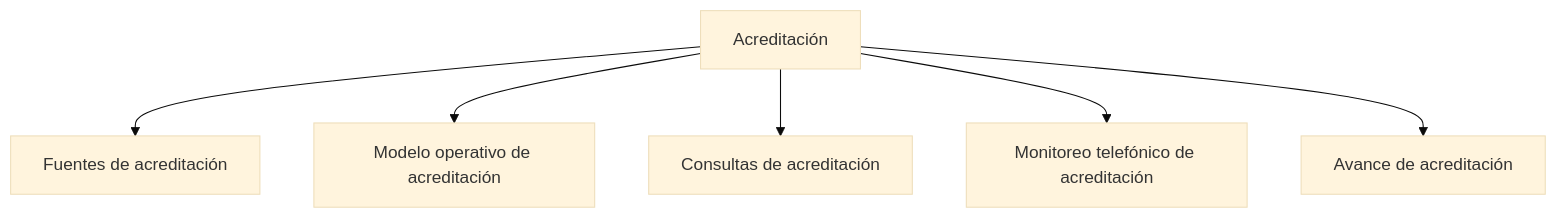
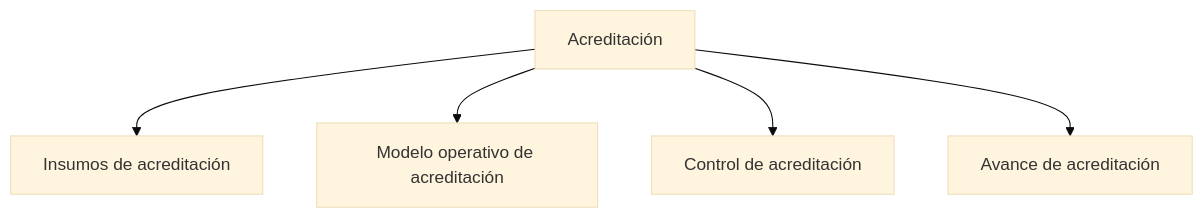
One commit to GonzaloAlmendariz/prosecnur-app changed the second of 2 diagrams in Obsidian_Prosecnur/Prosecnur/Módulos/03 Monitoreo/Modos/01 Acreditación/Acreditación.md. Above: the diagram before and after it, drawn with Mermaid (base theme). The commit also changed other lines of this file and 115 other files, not shown here.

First line of the commit message:
docs(vaults): la bóveda de Monitoreo sigue la navegación Insumos · Modelo · Control · Avance del revamp

````diff
--- a/Obsidian_Prosecnur/Prosecnur/Módulos/03 Monitoreo/Modos/01 Acreditación/Acreditación.md
+++ b/Obsidian_Prosecnur/Prosecnur/Módulos/03 Monitoreo/Modos/01 Acreditación/Acreditación.md
@@ -56,9 +56,8 @@
 ```mermaid
 flowchart TD
     N["Acreditación"]
-    N --> C1["Fuentes de acreditación"]
+    N --> C1["Insumos de acreditación"]
     N --> C2["Modelo operativo de acreditación"]
-    N --> C3["Consultas de acreditación"]
-    N --> C4["Monitoreo telefónico de acreditación"]
-    N --> C5["Avance de acreditación"]
+    N --> C3["Control de acreditación"]
+    N --> C4["Avance de acreditación"]
 ```
````
